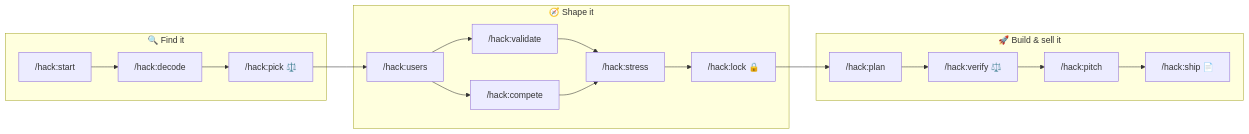
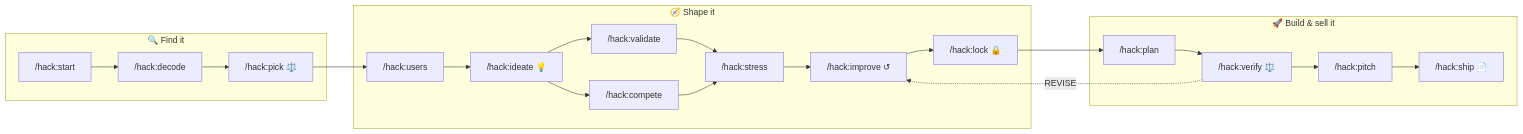
One commit to syed-imadulla/hack-kit changed the first of 2 diagrams in README.md. Above: the diagram before and after it, drawn with Mermaid. The commit also changed other lines of this file and 107 other files, not shown here.

````diff
--- a/README.md
+++ b/README.md
@@ -59,18 +63,21 @@
 ```mermaid
 flowchart LR
     subgraph FIND["🔍 Find it"]
         A["/hack:start"] --> B["/hack:decode"] --> C["/hack:pick ⚖️"]
     end
     subgraph SHAPE["🧭 Shape it"]
-        D["/hack:users"] --> E["/hack:validate"]
-        D --> F["/hack:compete"]
+        D["/hack:users"] --> I["/hack:ideate 💡"]
+        I --> E["/hack:validate"]
+        I --> F["/hack:compete"]
         E --> G["/hack:stress"]
         F --> G
-        G --> H["/hack:lock 🔒"]
+        G --> M["/hack:improve ↺"]
+        M --> H["/hack:lock 🔒"]
     end
     subgraph BUILD["🚀 Build & sell it"]
-        I["/hack:plan"] --> J["/hack:verify ⚖️"] --> K["/hack:pitch"] --> L["/hack:ship 📄"]
+        P["/hack:plan"] --> J["/hack:verify ⚖️"] --> K["/hack:pitch"] --> L["/hack:ship 📄"]
     end
     C --> D
-    H --> I
+    H --> P
+    J -. REVISE .-> M
 ```
````
